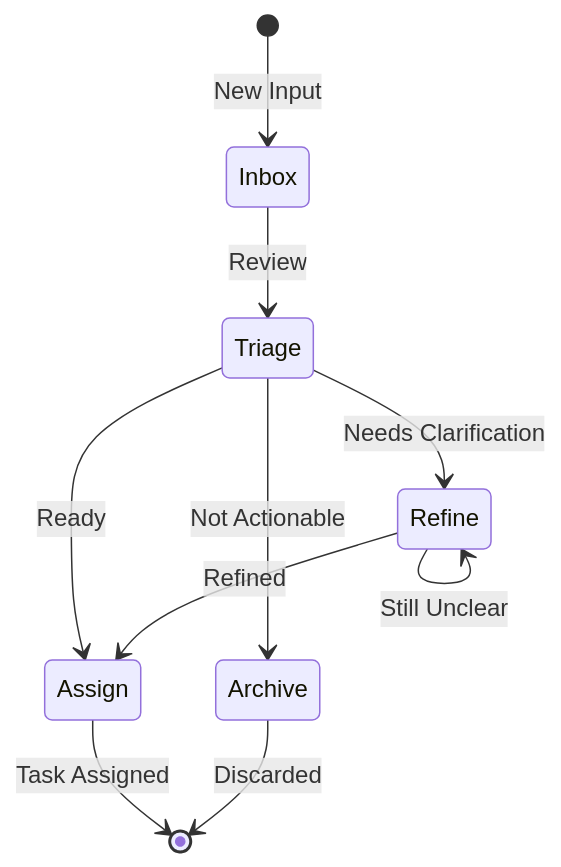
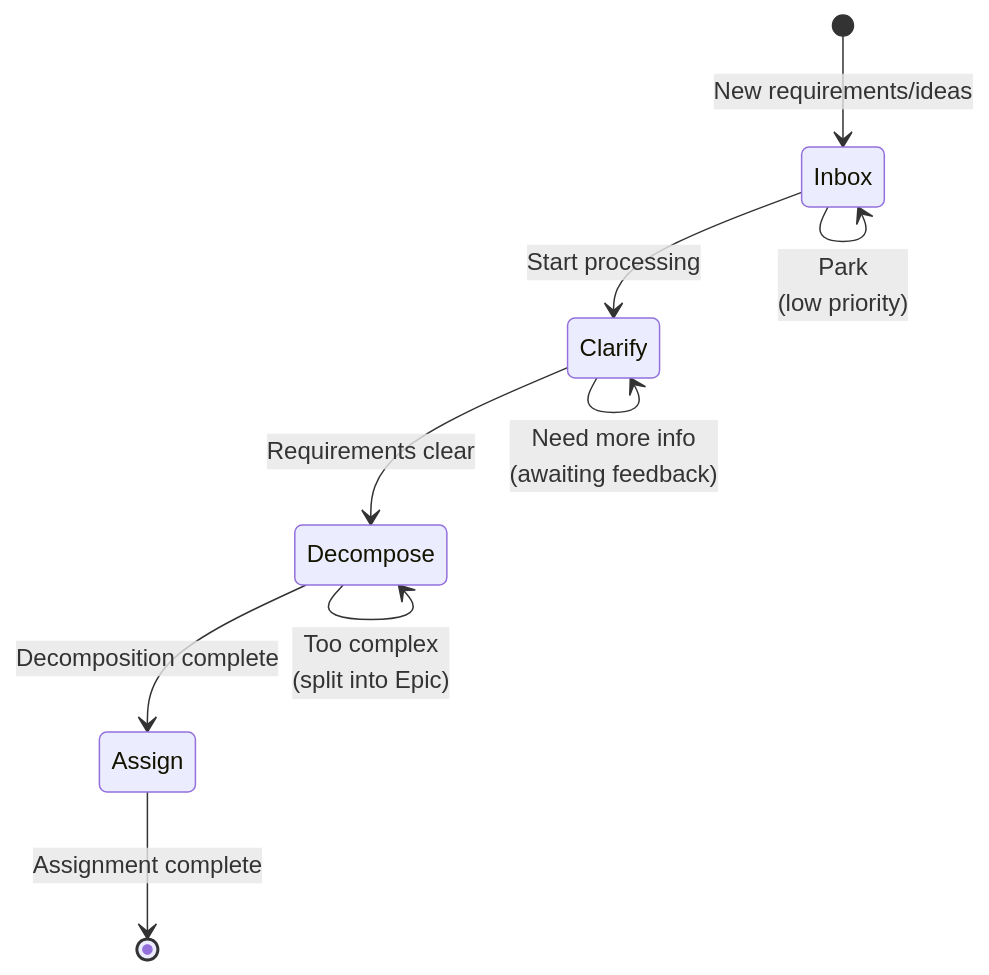
Before and after one commit to IndenScale/monoco-toolkit: the diagram in monoco/features/agent/resources/en/skills/monoco_workflow_agent_manager/SKILL.md, drawn with Mermaid. The commit also changed other lines of this file and 17 other files, not shown here.

````diff
--- a/monoco/features/agent/resources/en/skills/monoco_workflow_agent_manager/SKILL.md
+++ b/monoco/features/agent/resources/en/skills/monoco_workflow_agent_manager/SKILL.md
@@ -15,16 +15,15 @@
 ```mermaid
 stateDiagram-v2
-    [*] --> Inbox: New Input
+    [*] --> Inbox: New requirements/ideas
     
-    Inbox --> Triage: Review
+    Inbox --> Clarify: Start processing
+    Inbox --> Inbox: Park<br/>(low priority)
     
-    Triage --> Refine: Needs Clarification
-    Triage --> Assign: Ready
-    Triage --> Archive: Not Actionable
+    Clarify --> Decompose: Requirements clear
+    Clarify --> Clarify: Need more info<br/>(awaiting feedback)
     
-    Refine --> Assign: Refined
-    Refine --> Refine: Still Unclear
+    Decompose --> Assign: Decomposition complete
+    Decompose --> Decompose: Too complex<br/>(split into Epic)
     
-    Assign --> [*]: Task Assigned
-    Archive --> [*]: Discarded
+    Assign --> [*]: Assignment complete
 ```
````
